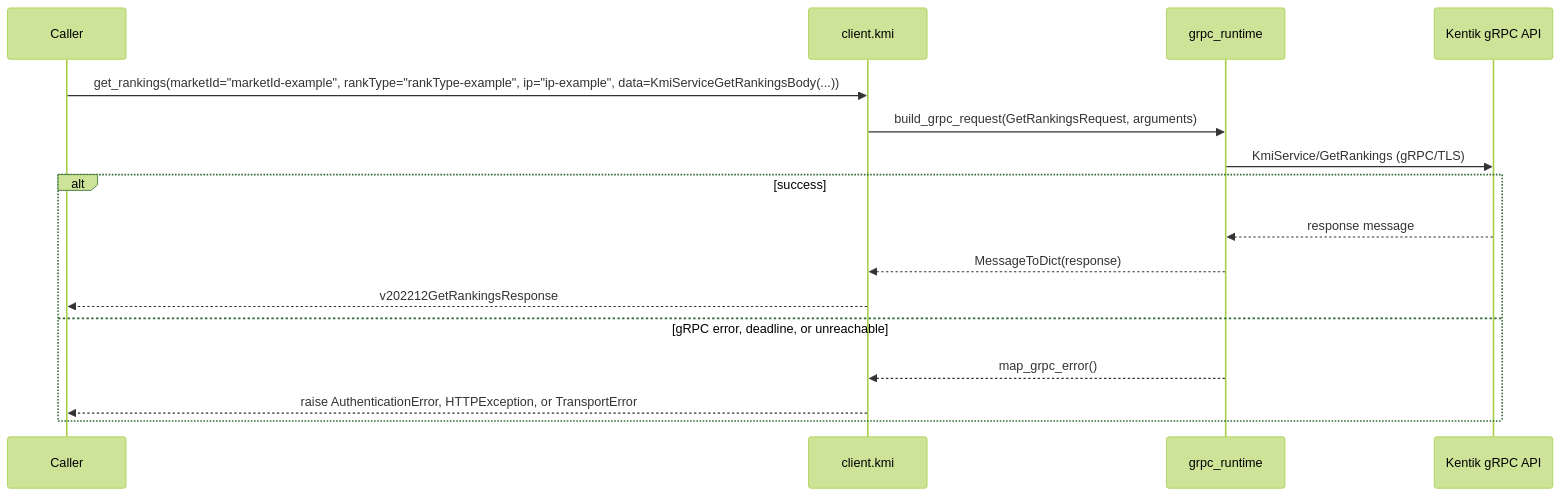
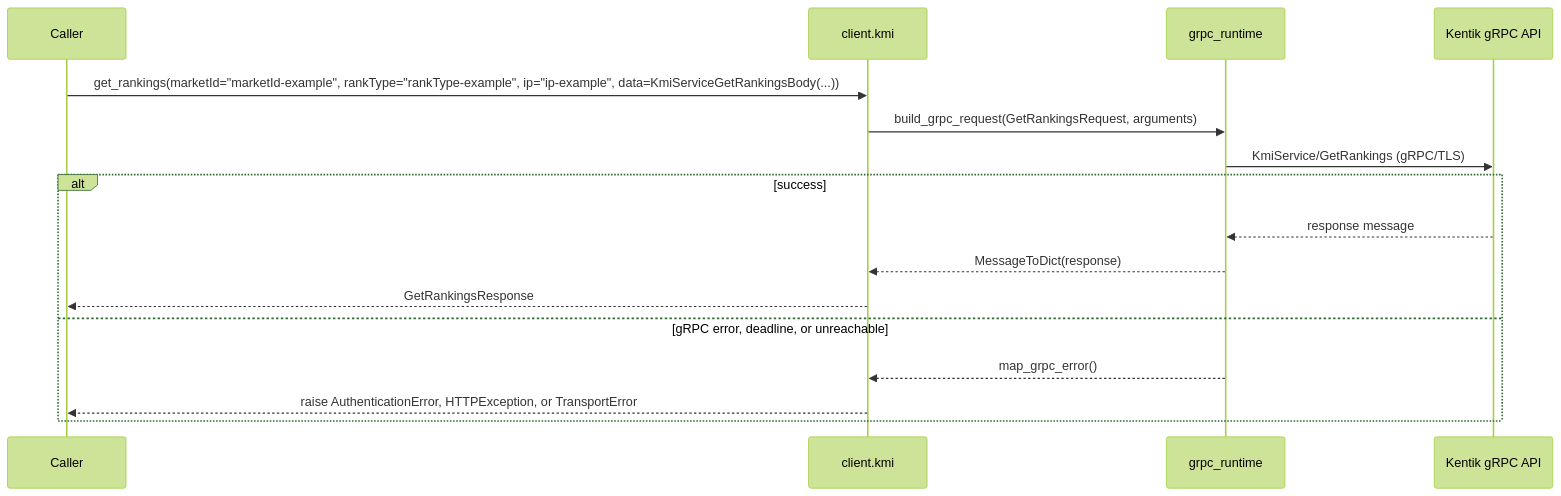
One commit to alexdearaujo/community_sdk_python changed the ninth of 12 diagrams in docs/sphinx/services/kmi.md. Above: the diagram before and after it, drawn with Mermaid (forest theme). The commit also changed other lines of this file and 38 other files, not shown here.

````diff
--- a/docs/sphinx/services/kmi.md
+++ b/docs/sphinx/services/kmi.md
@@ -302,19 +302,19 @@
 ```mermaid
 sequenceDiagram
     participant C as Caller
     participant W as client.kmi
     participant R as grpc_runtime
     participant API as Kentik gRPC API
 
     C->>W: get_rankings(marketId="marketId-example", rankType="rankType-example", ip="ip-example", data=KmiServiceGetRankingsBody(...))
     W->>R: build_grpc_request(GetRankingsRequest, arguments)
     R->>API: KmiService/GetRankings (gRPC/TLS)
     alt success
         API-->>R: response message
         R-->>W: MessageToDict(response)
-        W-->>C: v202212GetRankingsResponse
+        W-->>C: GetRankingsResponse
     else gRPC error, deadline, or unreachable
         R-->>W: map_grpc_error()
         W-->>C: raise AuthenticationError, HTTPException, or TransportError
     end
 ```
````
